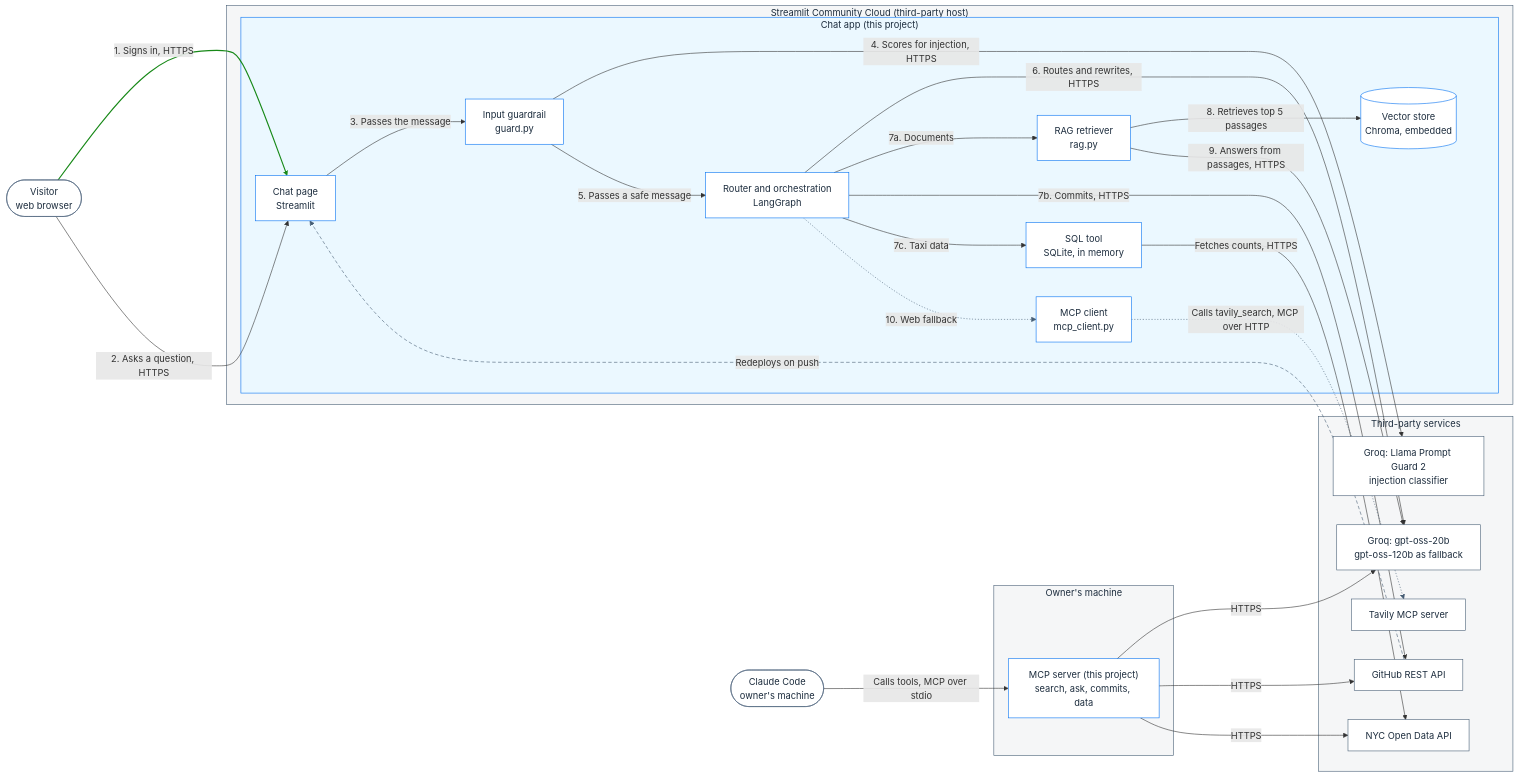
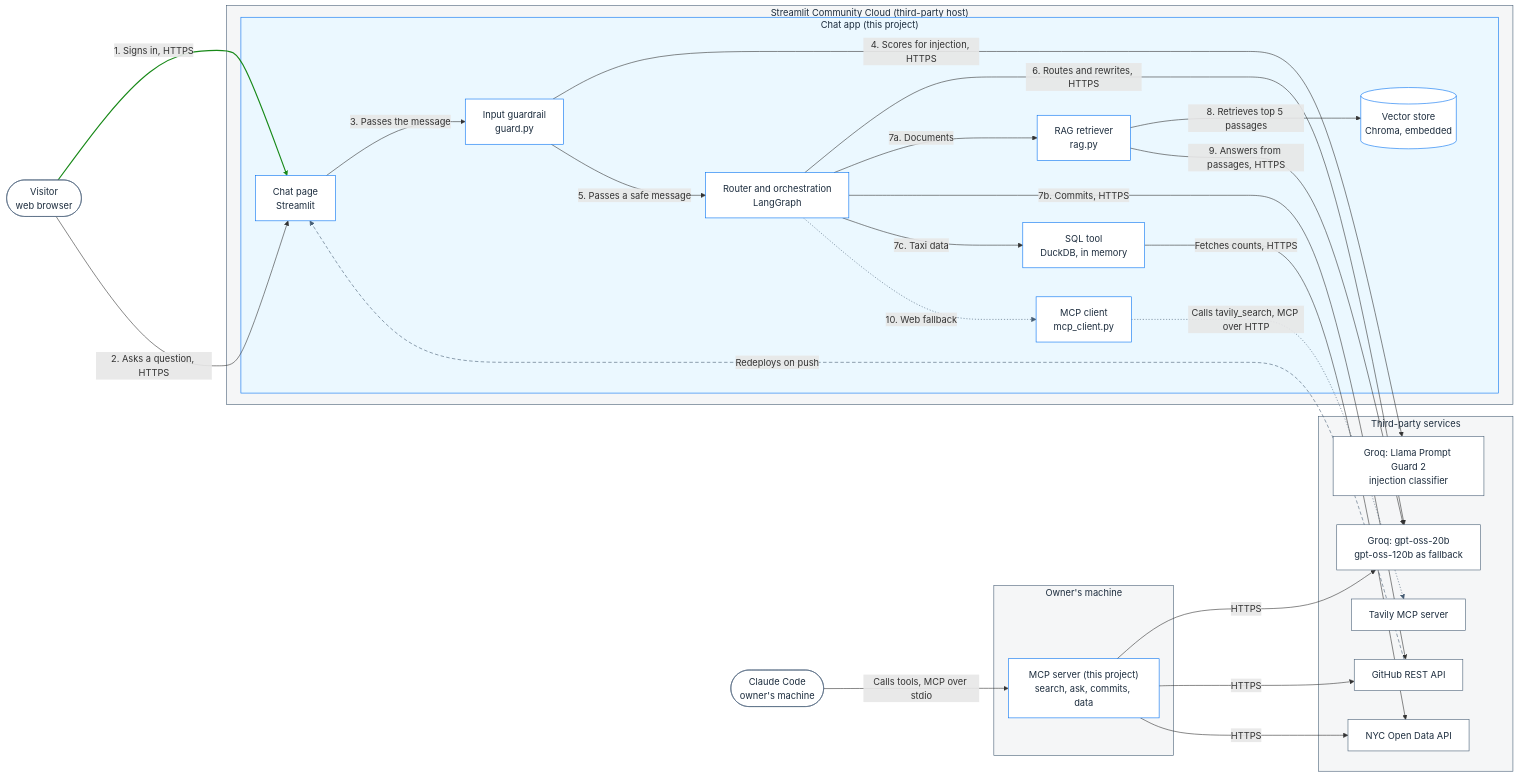
Before and after one commit to jcsmei/Claude_Demo: the second of 3 diagrams in docs/architecture_levels_sap.md, drawn with Mermaid. The commit also changed other lines of this file and 11 other files, not shown here.

````diff
--- a/docs/architecture_levels_sap.md
+++ b/docs/architecture_levels_sap.md
@@ -125,64 +125,64 @@
 ```mermaid
 flowchart LR
     visitor(["Visitor<br/>web browser"])
     claude(["Claude Code<br/>owner's machine"])
 
     subgraph host ["Streamlit Community Cloud (third-party host)"]
         subgraph app ["Chat app (this project)"]
             page["Chat page<br/>Streamlit"]
             guard["Input guardrail<br/>guard.py"]
             router["Router and orchestration<br/>LangGraph"]
             rag["RAG retriever<br/>rag.py"]
             chroma[("Vector store<br/>Chroma, embedded")]
-            sql["SQL tool<br/>SQLite, in memory"]
+            sql["SQL tool<br/>DuckDB, in memory"]
             client["MCP client<br/>mcp_client.py"]
         end
     end
 
     subgraph local ["Owner's machine"]
         server["MCP server (this project)<br/>search, ask, commits, data"]
     end
 
     subgraph third ["Third-party services"]
         prompt["Groq: Llama Prompt Guard 2<br/>injection classifier"]
         llm["Groq: gpt-oss-20b<br/>gpt-oss-120b as fallback"]
         github["GitHub REST API"]
         nyc["NYC Open Data API"]
         tavily["Tavily MCP server"]
     end
 
     visitor -->|"1. Signs in, HTTPS"| page
     visitor -->|"2. Asks a question, HTTPS"| page
     page -->|"3. Passes the message"| guard
     guard -->|"4. Scores for injection, HTTPS"| prompt
     guard -->|"5. Passes a safe message"| router
     router -->|"6. Routes and rewrites, HTTPS"| llm
     router -->|"7a. Documents"| rag
     rag -->|"8. Retrieves top 5 passages"| chroma
     rag -->|"9. Answers from passages, HTTPS"| llm
     router -->|"7b. Commits, HTTPS"| github
     router -->|"7c. Taxi data"| sql
     sql -->|"Fetches counts, HTTPS"| nyc
     router -->|"10. Web fallback"| client
     client -->|"Calls tavily_search, MCP over HTTP"| tavily
     claude -->|"Calls tools, MCP over stdio"| server
     server -->|"HTTPS"| llm
     github -->|"Redeploys on push"| page
     server -->|"HTTPS"| github
     server -->|"HTTPS"| nyc
 
     classDef ours fill:#FFFFFF,stroke:#0070F2,color:#1D2D3E
     classDef theirs fill:#FFFFFF,stroke:#475E75,color:#1D2D3E
     classDef person fill:#FFFFFF,stroke:#556B82,color:#1D2D3E
     class page,guard,router,rag,chroma,sql,client,server ours
     class prompt,llm,github,nyc,tavily theirs
     class visitor,claude person
     style host fill:#F5F6F7,stroke:#475E75,color:#1D2D3E
     style app fill:#EBF8FF,stroke:#0070F2,color:#1D2D3E
     style local fill:#F5F6F7,stroke:#475E75,color:#1D2D3E
     style third fill:#F5F6F7,stroke:#475E75,color:#1D2D3E
     linkStyle 0 stroke:#188918,stroke-width:2px
     linkStyle 12 stroke:#475E75,stroke-dasharray:2 3
     linkStyle 13 stroke:#475E75,stroke-dasharray:2 3
     linkStyle 16 stroke:#475E75,stroke-dasharray:6 4
 ```
````
